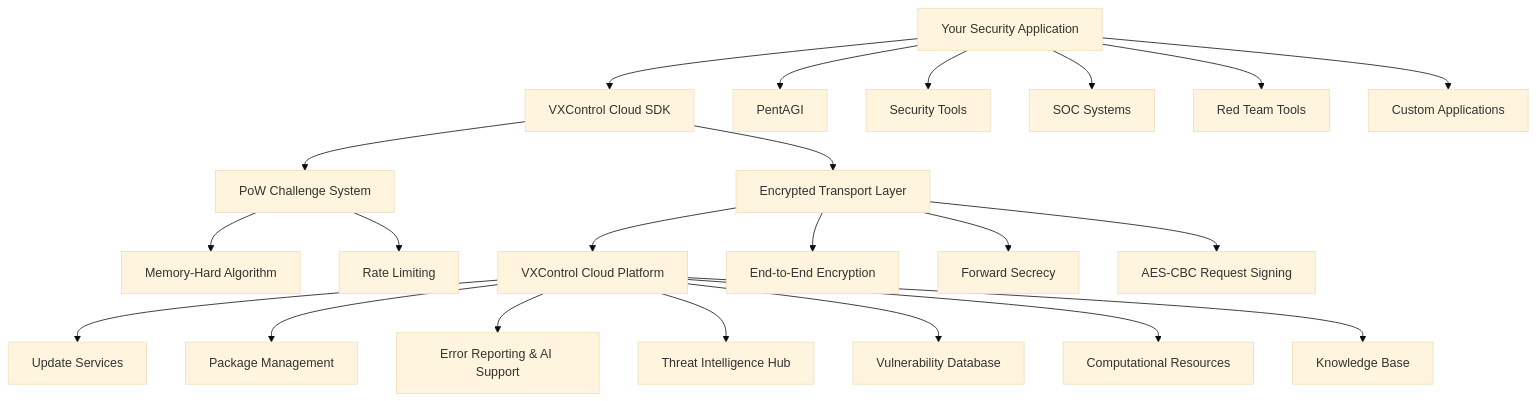
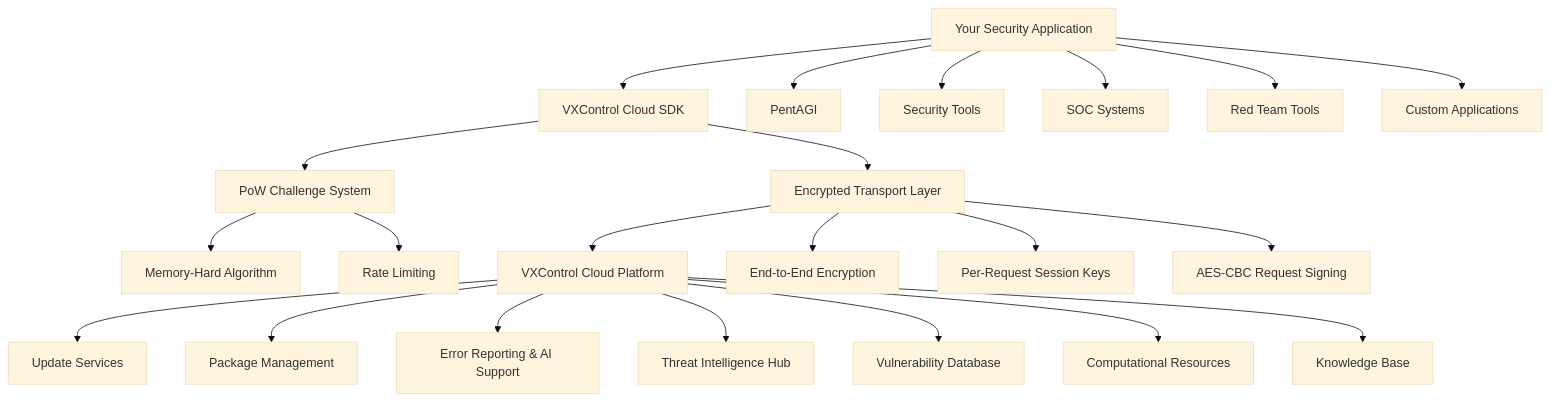
The diagram in README.md (vxcontrol/cloud), drawn with Mermaid (base theme) before and after one commit. The commit also changed other lines of this file and 24 other files, not shown here.

````diff
--- a/README.md
+++ b/README.md
@@ -123,27 +123,27 @@
 ```mermaid
 graph TD
     A[Your Security Application] --> B[VXControl Cloud SDK]
     B --> C[PoW Challenge System]
     B --> D[Encrypted Transport Layer]
     D --> E[VXControl Cloud Platform]
 
     E --> F[Update Services]
     E --> G[Package Management]
     E --> H[Error Reporting & AI Support]
     E --> I[Threat Intelligence Hub]
     E --> J[Vulnerability Database]
     E --> K[Computational Resources]
     E --> L[Knowledge Base]
 
     A --> M[PentAGI]
     A --> N[Security Tools]
     A --> O[SOC Systems]
     A --> P[Red Team Tools]
     A --> Q[Custom Applications]
 
     C --> R[Memory-Hard Algorithm]
     C --> S[Rate Limiting]
     D --> T[End-to-End Encryption]
-    D --> V[Forward Secrecy]
+    D --> V[Per-Request Session Keys]
     D --> X[AES-CBC Request Signing]
 ```
````
